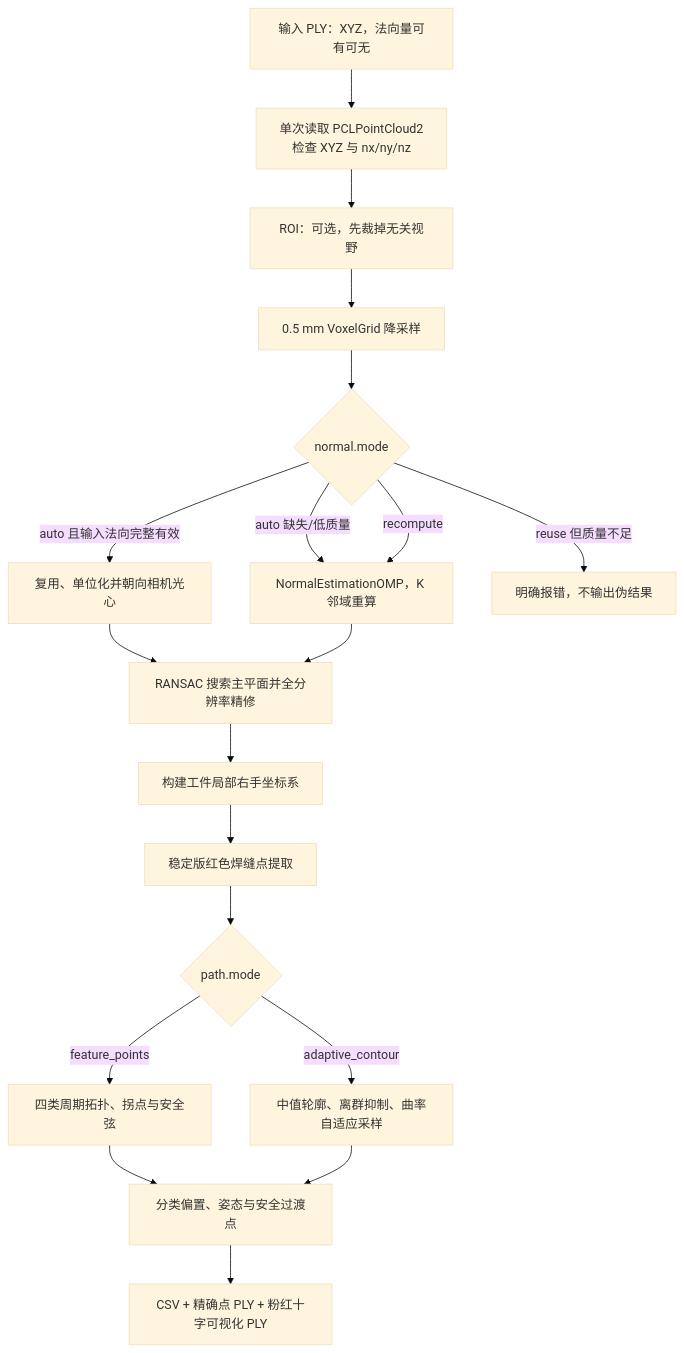
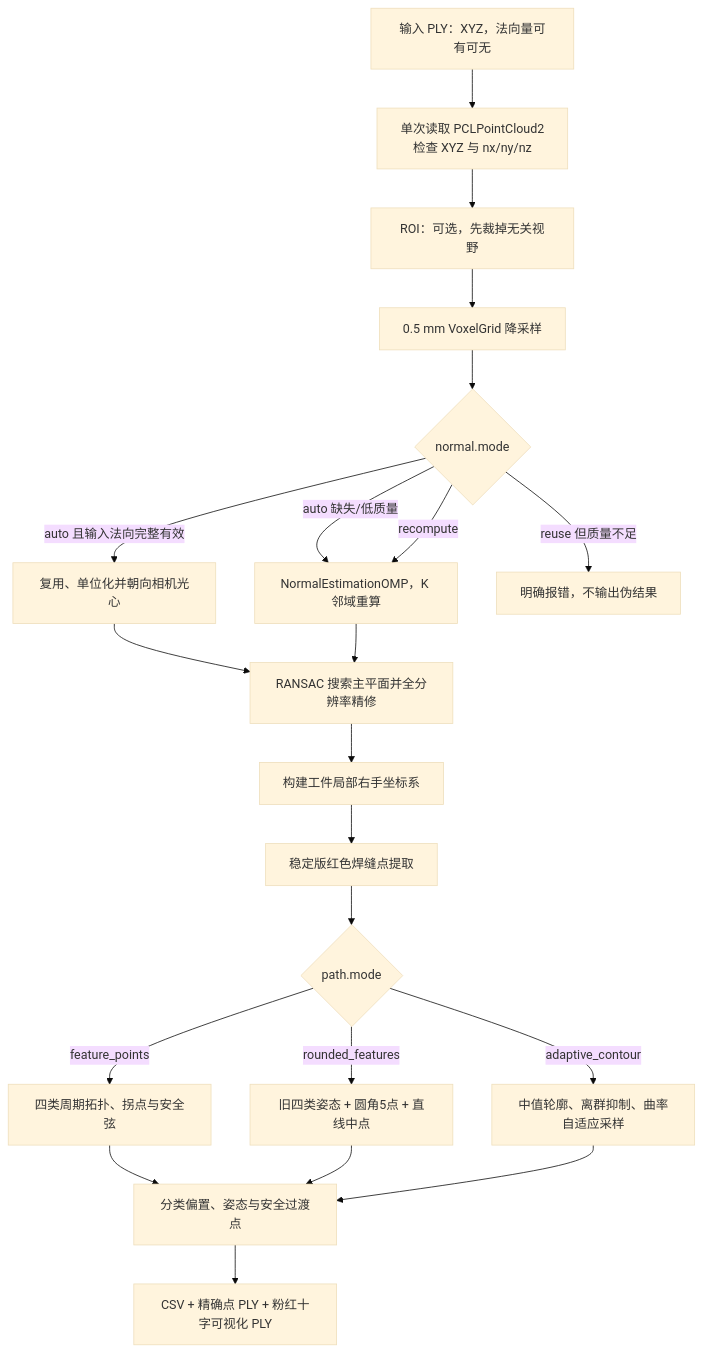
One commit to Luckme921/cimc changed the diagram in x86_weld_seam_test/README.md. Above: the diagram before and after it, drawn with Mermaid (base theme). The commit also changed other lines of this file and 9 other files, not shown here.

````diff
--- a/x86_weld_seam_test/README.md
+++ b/x86_weld_seam_test/README.md
@@ -26,21 +26,23 @@
 ```mermaid
 flowchart TD
     A["输入 PLY：XYZ，法向量可有可无"] --> B["单次读取 PCLPointCloud2\n检查 XYZ 与 nx/ny/nz"]
     B --> C["ROI：可选，先裁掉无关视野"]
     C --> D["0.5 mm VoxelGrid 降采样"]
     D --> E{"normal.mode"}
     E -->|"auto 且输入法向完整有效"| F["复用、单位化并朝向相机光心"]
     E -->|"auto 缺失/低质量"| G["NormalEstimationOMP，K 邻域重算"]
     E -->|"recompute"| G
     E -->|"reuse 但质量不足"| H["明确报错，不输出伪结果"]
     F --> I["RANSAC 搜索主平面并全分辨率精修"]
     G --> I
     I --> J["构建工件局部右手坐标系"]
     J --> K["稳定版红色焊缝点提取"]
     K --> L{"path.mode"}
     L -->|"feature_points"| M["四类周期拓扑、拐点与安全弦"]
+    L -->|"rounded_features"| R["旧四类姿态 + 圆角5点 + 直线中点"]
     L -->|"adaptive_contour"| P["中值轮廓、离群抑制、曲率自适应采样"]
     M --> N["分类偏置、姿态与安全过渡点"]
+    R --> N
     P --> N
     N --> O["CSV + 精确点 PLY + 粉红十字可视化 PLY"]
 ```
````
